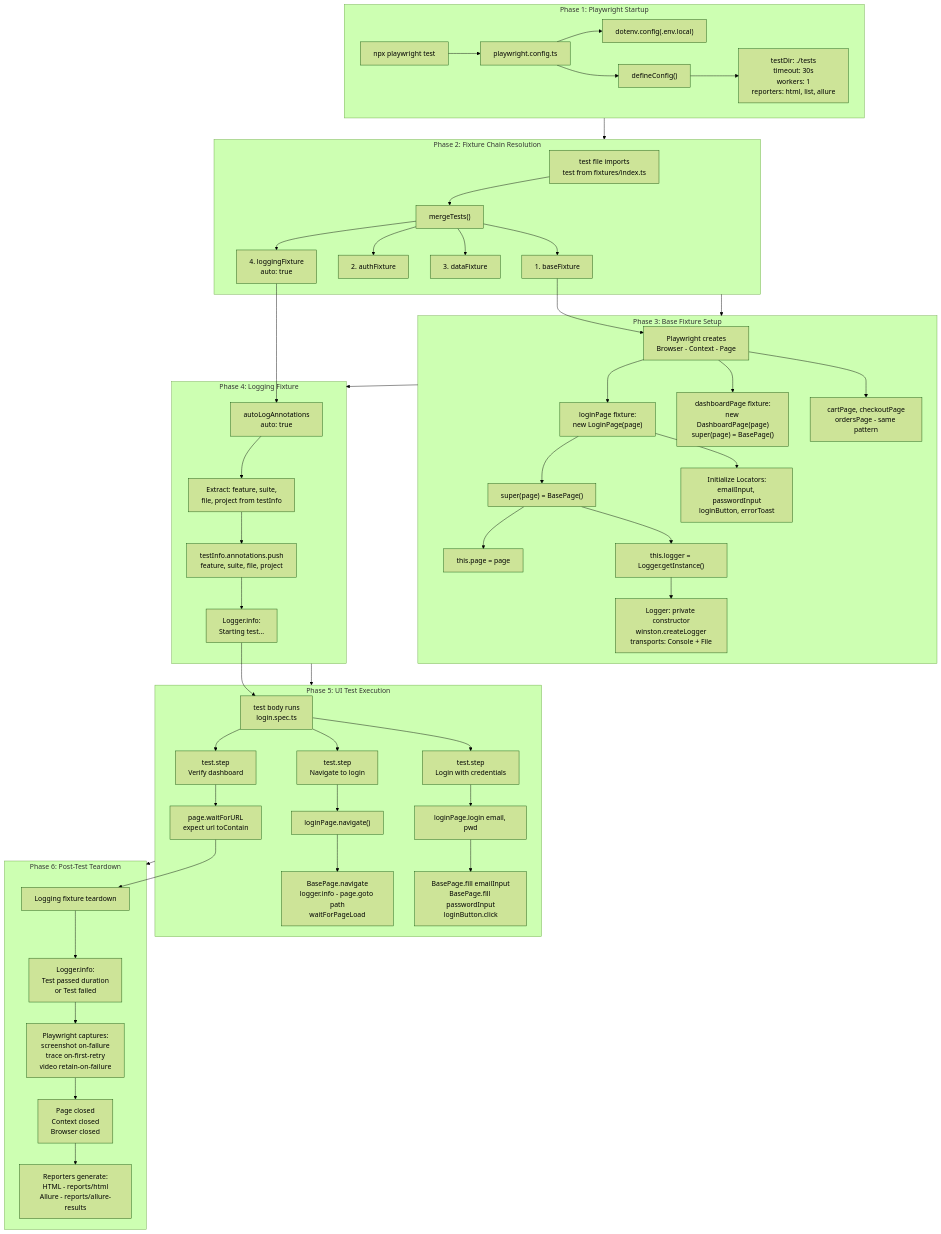
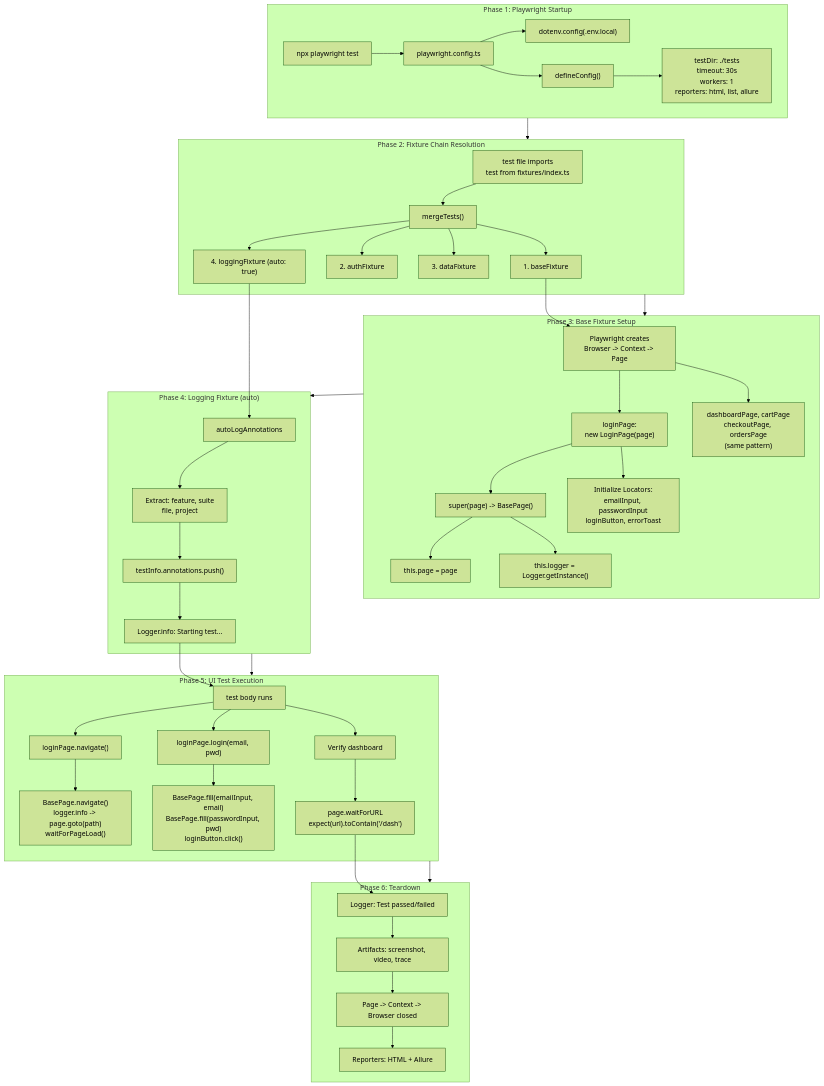
Before and after one commit to MahmoudSDET/Playwright-UI-API: the fourth of 11 diagrams in playwright-framework/Framework-Architecture.md, drawn with Mermaid (forest theme). The commit also changed other lines of this file and 9 other files, not shown here.

````diff
--- a/playwright-framework/Framework-Architecture.md
+++ b/playwright-framework/Framework-Architecture.md
@@ -202,62 +308,53 @@
 ```mermaid
 flowchart TB
-    subgraph PHASE1["Phase 1: Playwright Startup"]
+    subgraph P1["Phase 1: Playwright Startup"]
         A["npx playwright test"] --> B["playwright.config.ts"]
         B --> B1["dotenv.config(.env.local)"]
         B --> B2["defineConfig()"]
         B2 --> B3["testDir: ./tests\ntimeout: 30s\nworkers: 1\nreporters: html, list, allure"]
     end
 
-    subgraph PHASE2["Phase 2: Fixture Chain Resolution"]
+    subgraph P2["Phase 2: Fixture Chain Resolution"]
         C["test file imports\ntest from fixtures/index.ts"] --> D["mergeTests()"]
         D --> D1["1. baseFixture"]
         D --> D2["2. authFixture"]
         D --> D3["3. dataFixture"]
-        D --> D4["4. loggingFixture\nauto: true"]
+        D --> D4["4. loggingFixture (auto: true)"]
     end
 
-    subgraph PHASE3["Phase 3: Base Fixture Setup"]
-        D1 --> E["Playwright creates\nBrowser - Context - Page"]
-        E --> F["loginPage fixture:\nnew LoginPage(page)"]
-        F --> F1["super(page) = BasePage()"]
+    subgraph P3["Phase 3: Base Fixture Setup"]
+        D1 --> E["Playwright creates\nBrowser -> Context -> Page"]
+        E --> F["loginPage:\nnew LoginPage(page)"]
+        F --> F1["super(page) -> BasePage()"]
         F1 --> F2["this.page = page"]
         F1 --> F3["this.logger = Logger.getInstance()"]
-        F3 --> F4["Logger: private constructor\nwinston.createLogger\ntransports: Console + File"]
-        F --> F5["Initialize Locators:\nemailInput, passwordInput\nloginButton, errorToast"]
-        E --> G["dashboardPage fixture:\nnew DashboardPage(page)\nsuper(page) = BasePage()"]
-        E --> H["cartPage, checkoutPage\nordersPage - same pattern"]
+        F --> F4["Initialize Locators:\nemailInput, passwordInput\nloginButton, errorToast"]
+        E --> G["dashboardPage, cartPage\ncheckoutPage, ordersPage\n(same pattern)"]
     end
 
-    subgraph PHASE4["Phase 4: Logging Fixture"]
-        D4 --> I["autoLogAnnotations\nauto: true"]
-        I --> I1["Extract: feature, suite,\nfile, project from testInfo"]
-        I1 --> I2["testInfo.annotations.push\nfeature, suite, file, project"]
-        I2 --> I3["Logger.info:\nStarting test..."]
+    subgraph P4["Phase 4: Logging Fixture (auto)"]
+        D4 --> I["autoLogAnnotations"]
+        I --> I1["Extract: feature, suite\nfile, project"]
+        I1 --> I2["testInfo.annotations.push()"]
+        I2 --> I3["Logger.info: Starting test..."]
     end
 
-    subgraph PHASE5["Phase 5: UI Test Execution"]
-        I3 --> J["test body runs\nlogin.spec.ts"]
-        J --> K["test.step\nNavigate to login"]
-        K --> K1["loginPage.navigate()"]
-        K1 --> K2["BasePage.navigate\nlogger.info - page.goto path\nwaitForPageLoad"]
-        J --> L["test.step\nLogin with credentials"]
-        L --> L1["loginPage.login email, pwd"]
-        L1 --> L2["BasePage.fill emailInput\nBasePage.fill passwordInput\nloginButton.click"]
-        J --> M["test.step\nVerify dashboard"]
-        M --> M1["page.waitForURL\nexpect url toContain"]
+    subgraph P5["Phase 5: UI Test Execution"]
+        I3 --> J["test body runs"]
+        J --> K["loginPage.navigate()"]
+        K --> K1["BasePage.navigate()\nlogger.info -> page.goto(path)\nwaitForPageLoad()"]
+        J --> L["loginPage.login(email, pwd)"]
+        L --> L1["BasePage.fill(emailInput, email)\nBasePage.fill(passwordInput, pwd)\nloginButton.click()"]
+        J --> M["Verify dashboard"]
+        M --> M1["page.waitForURL\nexpect(url).toContain('/dash')"]
     end
 
-    subgraph PHASE6["Phase 6: Post-Test Teardown"]
-        M1 --> N["Logging fixture teardown"]
-        N --> N1["Logger.info:\nTest passed duration\nor Test failed"]
-        N1 --> O["Playwright captures:\nscreenshot on-failure\ntrace on-first-retry\nvideo retain-on-failure"]
-        O --> P["Page closed\nContext closed\nBrowser closed"]
-        P --> Q["Reporters generate:\nHTML - reports/html\nAllure - reports/allure-results"]
+    subgraph P6["Phase 6: Teardown"]
+        M1 --> N["Logger: Test passed/failed"]
+        N --> O["Artifacts: screenshot, video, trace"]
+        O --> P["Page -> Context -> Browser closed"]
+        P --> Q["Reporters: HTML + Allure"]
     end
 
-    PHASE1 --> PHASE2
-    PHASE2 --> PHASE3
-    PHASE3 --> PHASE4
-    PHASE4 --> PHASE5
-    PHASE5 --> PHASE6
+    P1 --> P2 --> P3 --> P4 --> P5 --> P6
 ```
````
